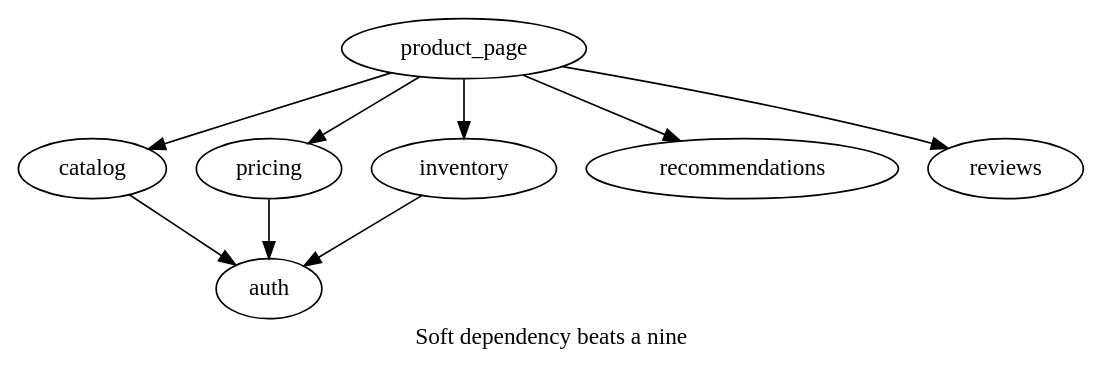
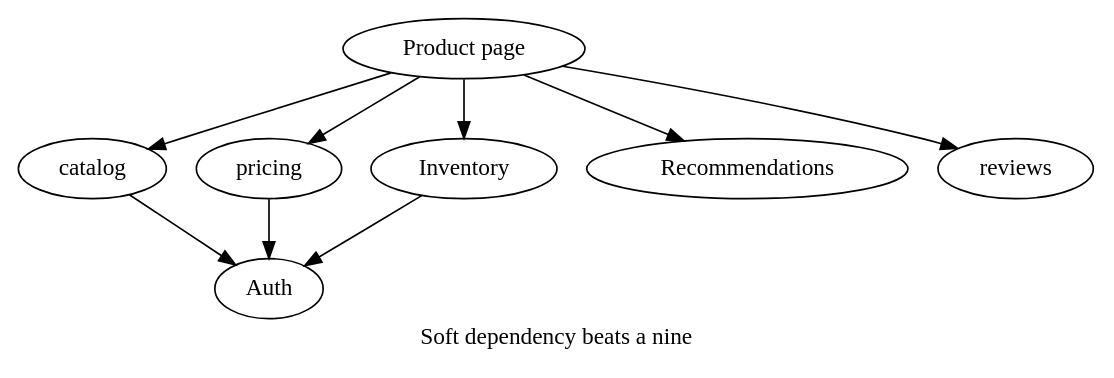
Before and after one commit to bayneri/nines: the diagram in scenarios/product_page.dot, drawn with Graphviz. The commit also changed 25 other files, not shown here.

First line of the commit message:
Revamp the UI: Learn and Model modes, card graph, results pane

```diff
--- a/scenarios/product_page.dot
+++ b/scenarios/product_page.dot
@@ -1,17 +1,20 @@
 // Recommendations and reviews are already soft. Inventory is hard only
 // because the page shows "in stock"; it could be confirmed at checkout.
 digraph product_page {
     graph [entry=product_page, label="Soft dependency beats a nine"];
 
     product_page -> catalog;
     product_page -> pricing;
     product_page -> inventory;
     product_page -> recommendations [dependency=soft, timeout_ms=150];
     product_page -> reviews         [dependency=soft, timeout_ms=150];
 
     catalog -> auth;
     pricing -> auth;
     inventory -> auth;
 
-    auth [kind=infra];
+    product_page [icon=web, label="Product page"];
+    inventory [icon=database, label="Inventory"];
+    recommendations [label="Recommendations"];
+    auth [kind=infra, label="Auth"];
 }
```
